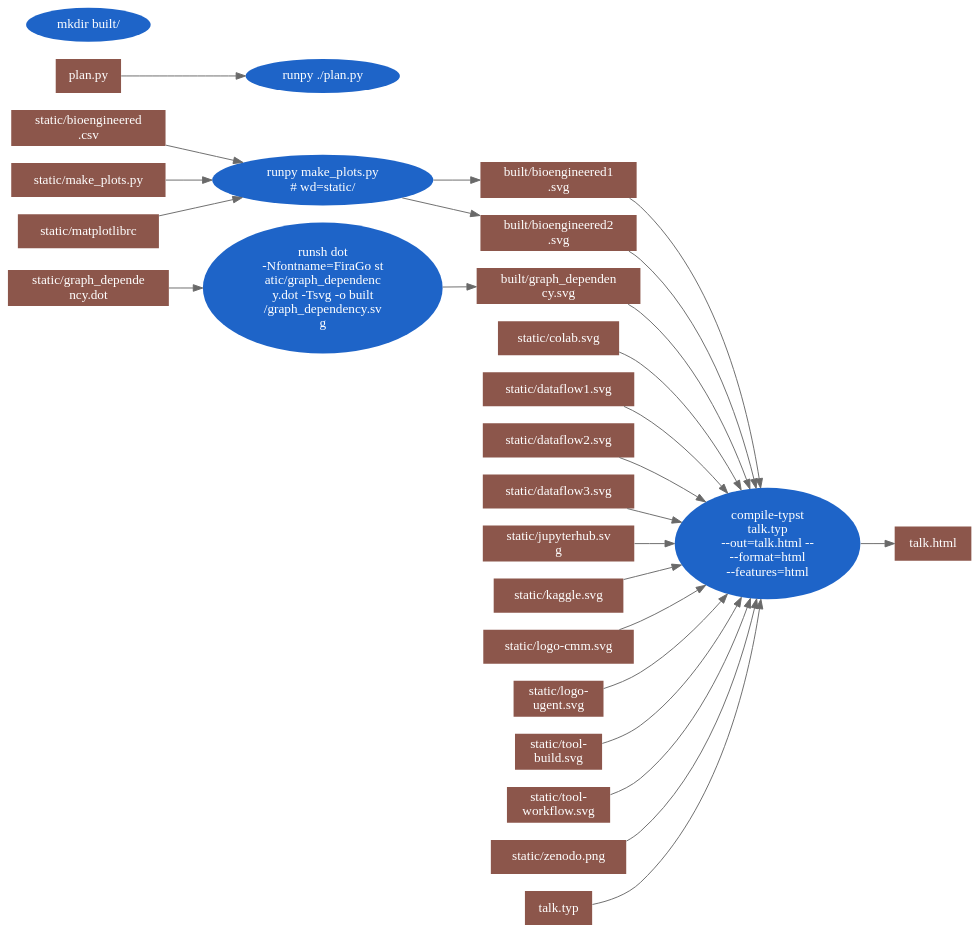
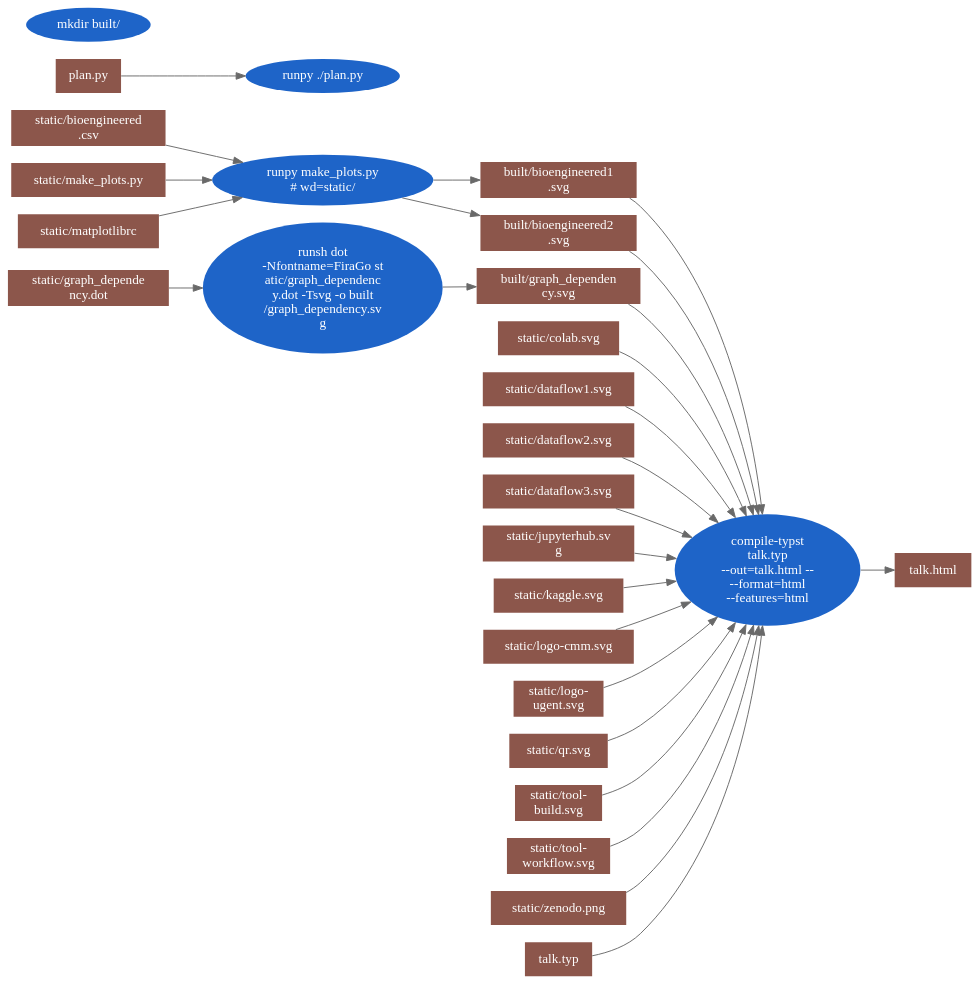
Before and after one commit to reproducible-reporting/2026-talk-publication-workflows: the diagram in talk/static/graph_dependency.dot, drawn with Graphviz. The commit also changed 2 other files, not shown here.

```diff
--- a/talk/static/graph_dependency.dot
+++ b/talk/static/graph_dependency.dot
@@ -1,55 +1,57 @@
 strict digraph {
   graph [rankdir=LR bgcolor=transparent]
   node [penwidth=0 fontcolor="white" style=filled fillcolor="#1e64c8"]
   edge [color=dimgray arrowhead=normal]
   24 [label="built/bioengineered1\n.svg" shape=rect fillcolor="#8c564b"]
   25 [label="built/bioengineered2\n.svg" shape=rect fillcolor="#8c564b"]
   28 [label="built/graph_dependen\ncy.svg" shape=rect fillcolor="#8c564b"]
   3 [label="plan.py" shape=rect fillcolor="#8c564b"]
   38 [label="static/bioengineered\n.csv" shape=rect fillcolor="#8c564b"]
   39 [label="static/colab.svg" shape=rect fillcolor="#8c564b"]
   40 [label="static/dataflow1.svg" shape=rect fillcolor="#8c564b"]
   41 [label="static/dataflow2.svg" shape=rect fillcolor="#8c564b"]
   42 [label="static/dataflow3.svg" shape=rect fillcolor="#8c564b"]
   43 [label="static/graph_depende\nncy.dot" shape=rect fillcolor="#8c564b"]
   44 [label="static/jupyterhub.sv\ng" shape=rect fillcolor="#8c564b"]
   45 [label="static/kaggle.svg" shape=rect fillcolor="#8c564b"]
   46 [label="static/logo-cmm.svg" shape=rect fillcolor="#8c564b"]
   47 [label="static/logo-\nugent.svg" shape=rect fillcolor="#8c564b"]
   48 [label="static/make_plots.py" shape=rect fillcolor="#8c564b"]
   49 [label="static/matplotlibrc" shape=rect fillcolor="#8c564b"]
+  55 [label="static/qr.svg" shape=rect fillcolor="#8c564b"]
   50 [label="static/tool-\nbuild.svg" shape=rect fillcolor="#8c564b"]
   51 [label="static/tool-\nworkflow.svg" shape=rect fillcolor="#8c564b"]
   52 [label="static/zenodo.png" shape=rect fillcolor="#8c564b"]
   30 [label="talk.html" shape=rect fillcolor="#8c564b"]
   16 [label="talk.typ" shape=rect fillcolor="#8c564b"]
   29 [label="compile-typst\ntalk.typ\n--out=talk.html --\n--format=html\n--features=html"]
   17 [label="mkdir built/"]
   4 [label="runpy ./plan.py"]
   53 [label="runpy make_plots.py\n# wd=static/"]
   54 [label="runsh dot\n-Nfontname=FiraGo st\natic/graph_dependenc\ny.dot -Tsvg -o built\n/graph_dependency.sv\ng"]
   3 -> 4
   16 -> 29
   29 -> 30
   38 -> 53
   48 -> 53
   49 -> 53
   53 -> 24
   53 -> 25
   43 -> 54
   54 -> 28
   24 -> 29
   25 -> 29
   28 -> 29
   39 -> 29
   40 -> 29
   41 -> 29
   42 -> 29
   44 -> 29
   45 -> 29
   46 -> 29
   47 -> 29
   50 -> 29
   51 -> 29
   52 -> 29
+  55 -> 29
 }
```
